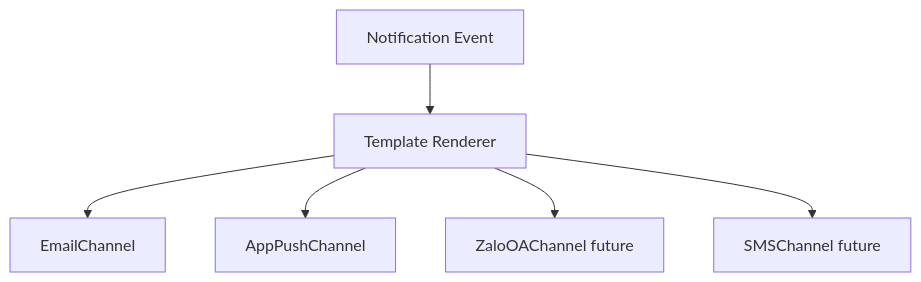
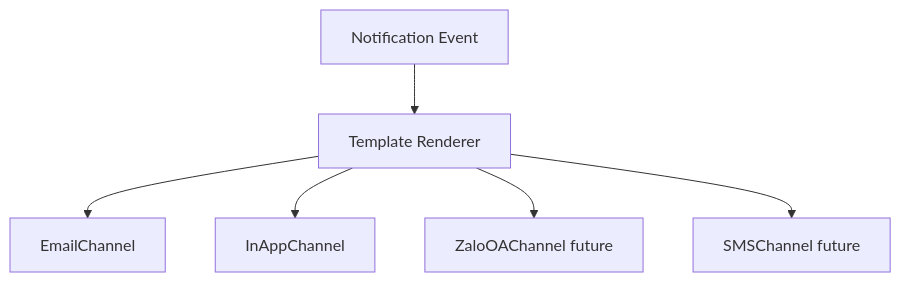
One commit to Toanapr/ticket-box changed the seventh of 8 diagrams in blueprint/07-protection-mechanisms.md. Above: the diagram before and after it, drawn with Mermaid. The commit also changed other lines of this file and 24 other files, not shown here.

````diff
--- a/blueprint/07-protection-mechanisms.md
+++ b/blueprint/07-protection-mechanisms.md
@@ -231,8 +237,8 @@
 ```mermaid
 flowchart TD
     Event["Notification Event"] --> Renderer["Template Renderer"]
     Renderer --> Email["EmailChannel"]
-    Renderer --> AppPush["AppPushChannel"]
+    Renderer --> InApp["InAppChannel"]
     Renderer --> Zalo["ZaloOAChannel future"]
     Renderer --> SMS["SMSChannel future"]
 ```
````
